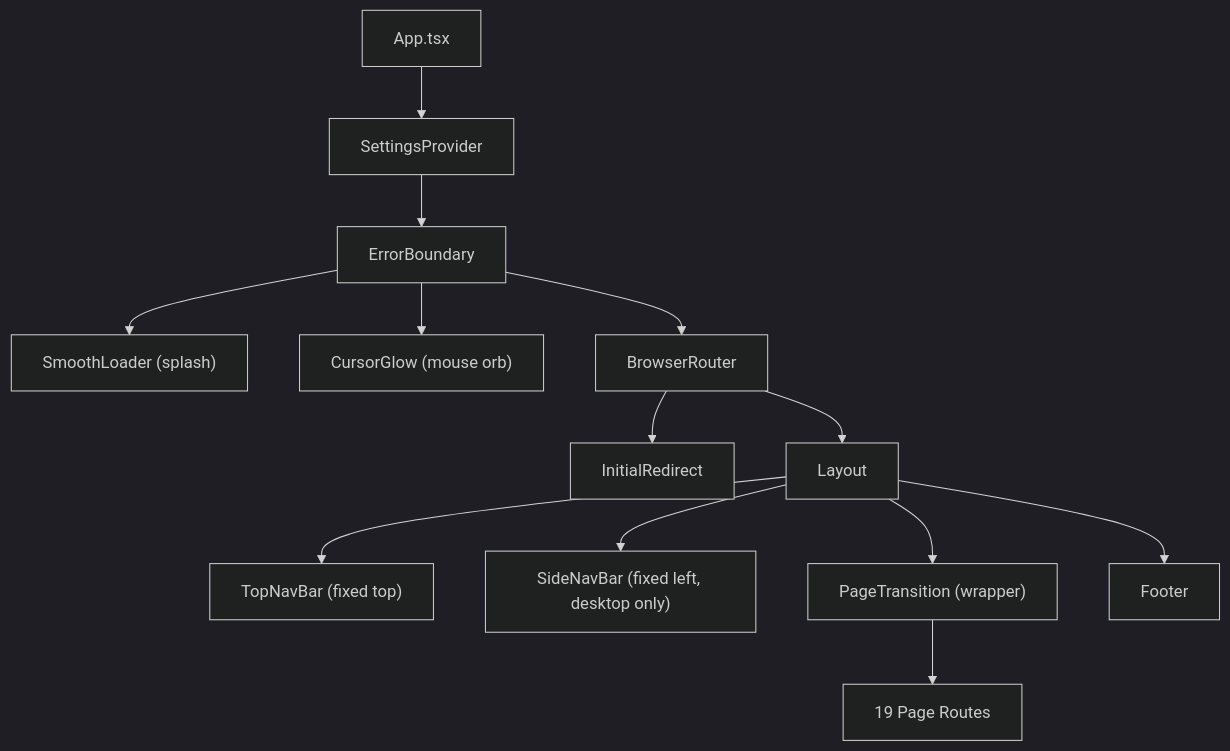
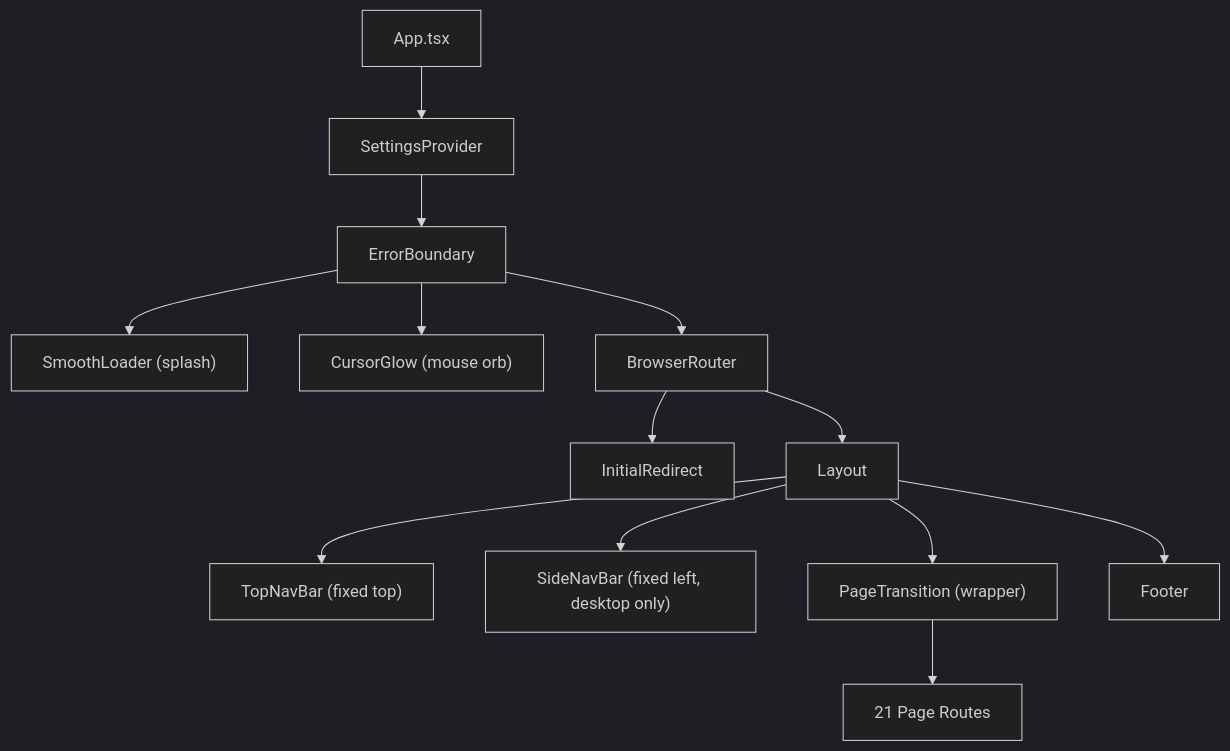
Before and after one commit to Kiiirtan/f1-stats-app: the first of 2 diagrams in docs/07_FRONTEND_DEVELOPER_GUIDE.md, drawn with Mermaid (dark theme). The commit also changed other lines of this file and 19 other files, not shown here.

````diff
--- a/docs/07_FRONTEND_DEVELOPER_GUIDE.md
+++ b/docs/07_FRONTEND_DEVELOPER_GUIDE.md
@@ -11,16 +11,16 @@
 ```mermaid
 graph TD
     App["App.tsx"]
     App --> SP["SettingsProvider"]
     SP --> EB["ErrorBoundary"]
     EB --> SL["SmoothLoader (splash)"]
     EB --> CG["CursorGlow (mouse orb)"]
     EB --> Router["BrowserRouter"]
     Router --> IR["InitialRedirect"]
     Router --> Layout["Layout"]
     Layout --> TNB["TopNavBar (fixed top)"]
     Layout --> SNB["SideNavBar (fixed left, desktop only)"]
     Layout --> PT["PageTransition (wrapper)"]
-    PT --> Routes["19 Page Routes"]
+    PT --> Routes["21 Page Routes"]
     Layout --> Footer["Footer"]
 ```
````
